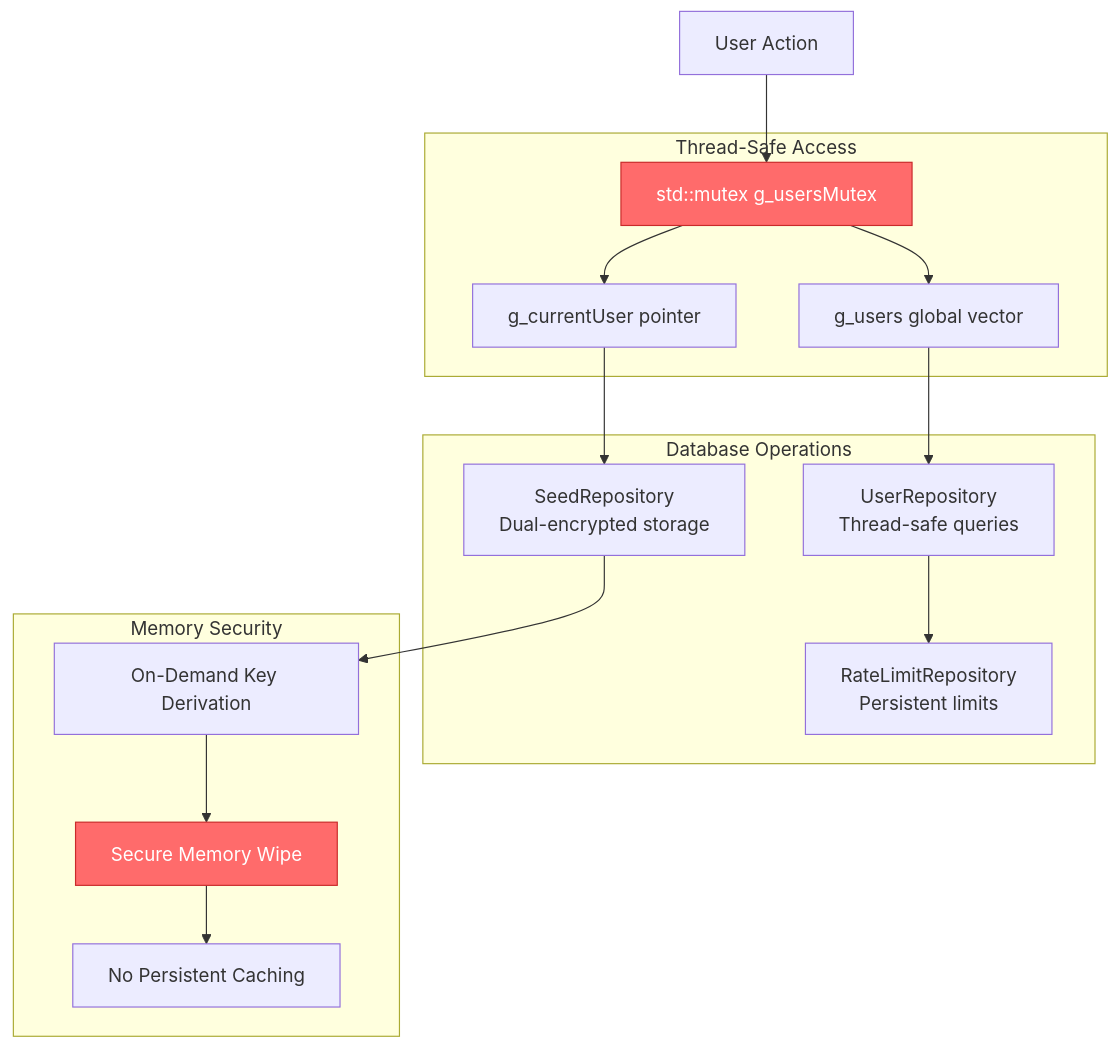
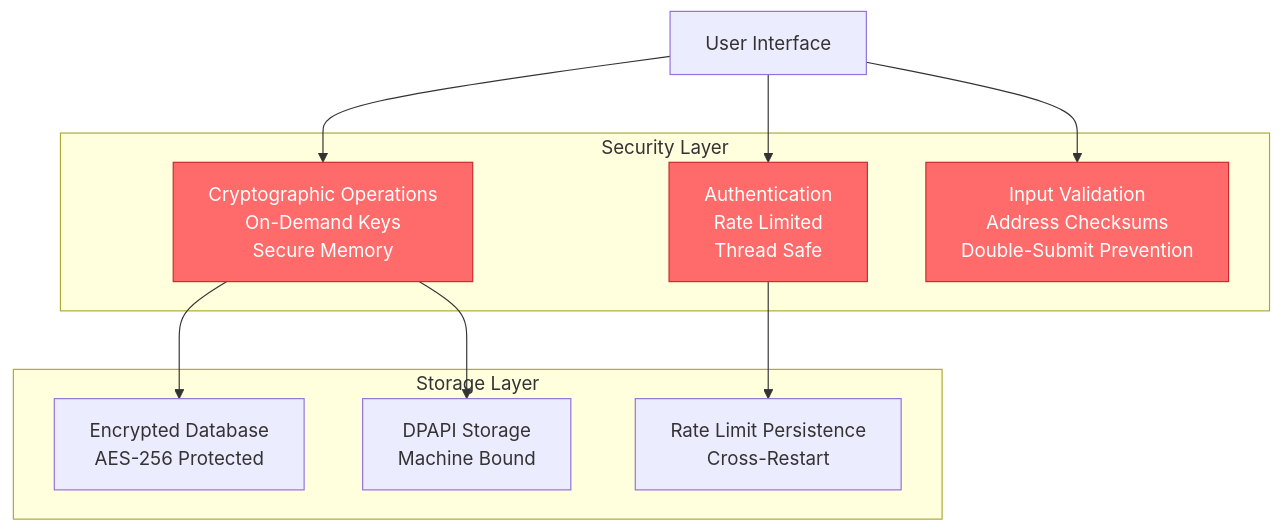
Before and after one commit to erickherrera/CriptoGualet: the fifth of 7 diagrams in ProjectGuides/SYSTEM_ARCHITECTURE.md, drawn with Mermaid. The commit also changed other lines of this file, not shown here.

````diff
--- a/ProjectGuides/SYSTEM_ARCHITECTURE.md
+++ b/ProjectGuides/SYSTEM_ARCHITECTURE.md
@@ -1006,38 +650,28 @@
 ```mermaid
 graph TB
-    User[User Action]
+    User[User Interface]
     
-    subgraph "Thread-Safe Access"
-        Mutex[std::mutex g_usersMutex]
-        GlobalUsers[g_users global vector]
-        CurrentUser[g_currentUser pointer]
+    subgraph "Security Layer"
+        Auth[Authentication<br/>Rate Limited<br/>Thread Safe]
+        Crypto[Cryptographic Operations<br/>On-Demand Keys<br/>Secure Memory]
+        Validation[Input Validation<br/>Address Checksums<br/>Double-Submit Prevention]
     end
     
-    subgraph "Database Operations"
-        UserRepo[UserRepository<br/>Thread-safe queries]
-        RateRepo[RateLimitRepository<br/>Persistent limits]
-        SeedRepo[SeedRepository<br/>Dual-encrypted storage]
+    subgraph "Storage Layer"
+        Database[Encrypted Database<br/>AES-256 Protected]
+        DPAPI[DPAPI Storage<br/>Machine Bound]
+        RateLimitDB[Rate Limit Persistence<br/>Cross-Restart]
     end
     
-    subgraph "Memory Security"
-        OnDemand[On-Demand Key Derivation]
-        Wipe[Secure Memory Wipe]
-        NoCache[No Persistent Caching]
-    end
+    User --> Auth
+    User --> Crypto
+    User --> Validation
     
-    User --> Mutex
-    Mutex --> GlobalUsers
-    Mutex --> CurrentUser
+    Auth --> RateLimitDB
+    Crypto --> Database
+    Crypto --> DPAPI
     
-    GlobalUsers --> UserRepo
-    CurrentUser --> SeedRepo
-    
-    UserRepo --> RateRepo
-    
-    SeedRepo --> OnDemand
-    OnDemand --> Wipe
-    Wipe --> NoCache
-    
-    style Mutex fill:#FF6B6B,stroke:#C92A2A,color:#fff
-    style Wipe fill:#FF6B6B,stroke:#C92A2A,color:#fff
+    style Auth fill:#FF6B6B,stroke:#C92A2A,color:#fff
+    style Crypto fill:#FF6B6B,stroke:#C92A2A,color:#fff
+    style Validation fill:#FF6B6B,stroke:#C92A2A,color:#fff
 ```
````
